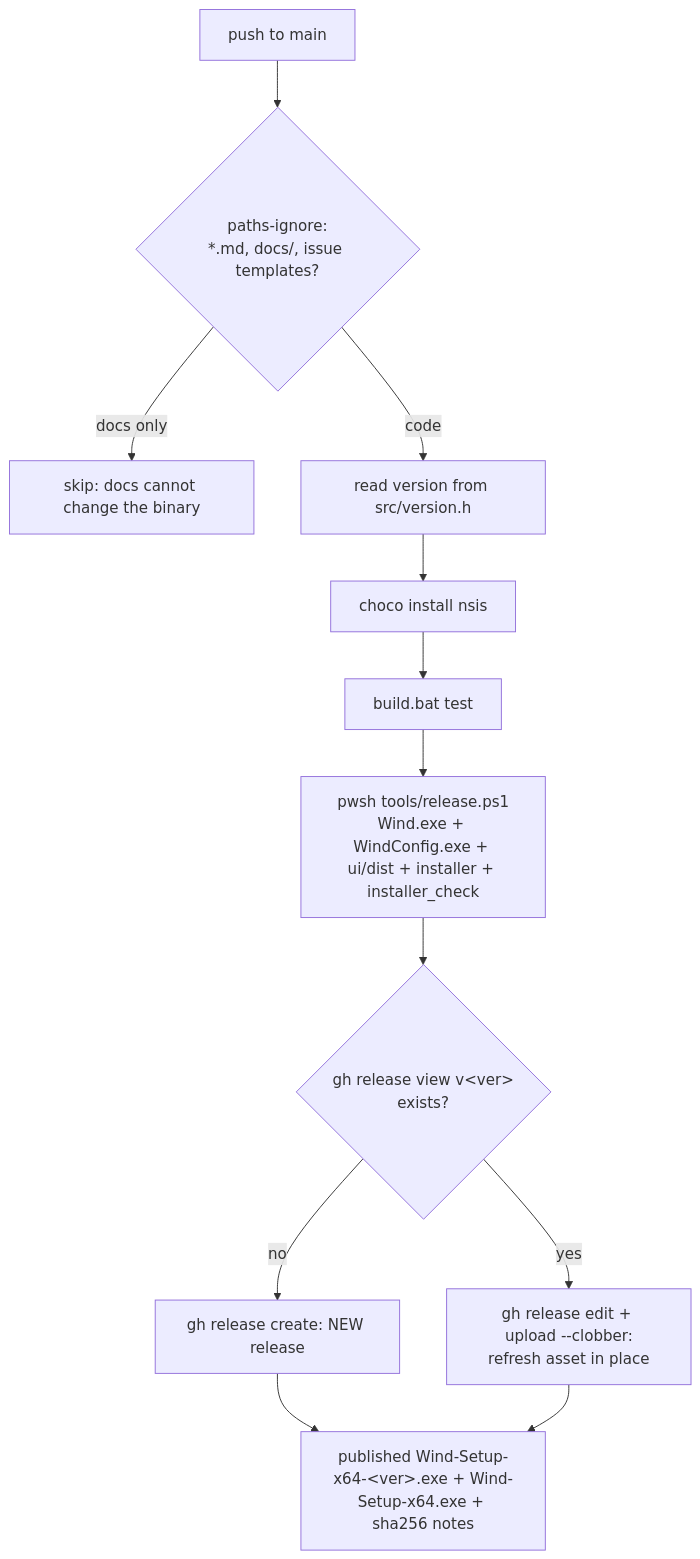
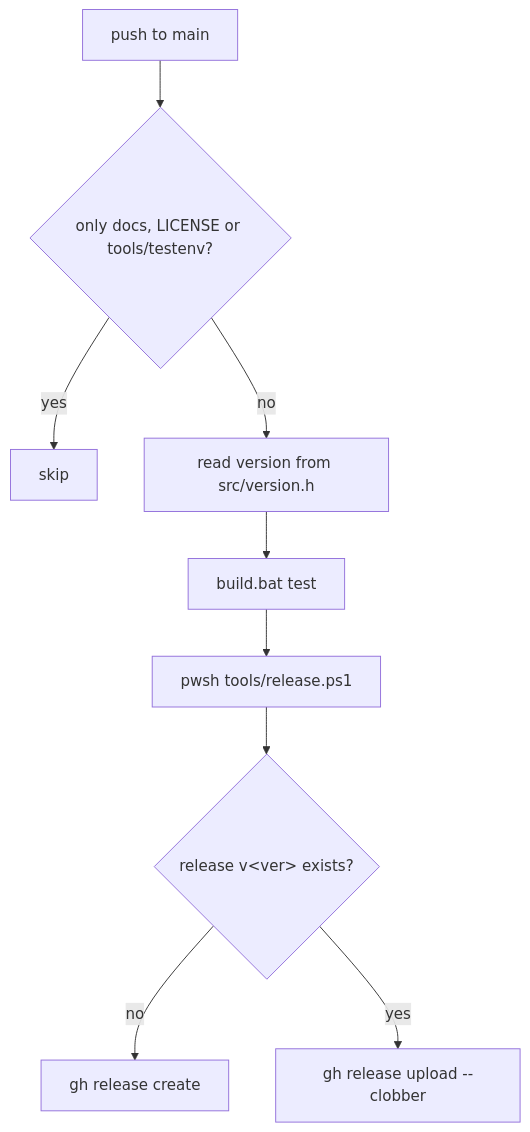
One commit to Maxaubert/Wind changed the diagram in docs/architecture/11-build-test-release.md. Above: the diagram before and after it, drawn with Mermaid. The commit also changed other lines of this file and 142 other files, not shown here.

First line of the commit message:
docs: overhaul README, CLAUDE.md, architecture and findings (#357) (#358)

````diff
--- a/docs/architecture/11-build-test-release.md
+++ b/docs/architecture/11-build-test-release.md
@@ -76,14 +97,11 @@
 ```mermaid
 flowchart TD
-    P[push to main] --> F{paths-ignore:\n*.md, docs/, issue templates?}
-    F -- docs only --> S[skip: docs cannot change the binary]
-    F -- code --> V[read version from src/version.h]
-    V --> N[choco install nsis]
-    N --> T[build.bat test]
-    T --> B[pwsh tools/release.ps1\nWind.exe + WindConfig.exe + ui/dist + installer + installer_check]
-    B --> R{gh release view v&lt;ver&gt;\nexists?}
-    R -- no --> C[gh release create: NEW release]
-    R -- yes --> U[gh release edit + upload --clobber:\nrefresh asset in place]
-    C --> D[published Wind-Setup-x64-&lt;ver&gt;.exe + Wind-Setup-x64.exe + sha256 notes]
-    U --> D
+    P[push to main] --> F{only docs, LICENSE or tools/testenv?}
+    F -- yes --> S[skip]
+    F -- no --> V[read version from src/version.h]
+    V --> T[build.bat test]
+    T --> B[pwsh tools/release.ps1]
+    B --> R{release v&lt;ver&gt; exists?}
+    R -- no --> C[gh release create]
+    R -- yes --> U[gh release upload --clobber]
 ```
````
